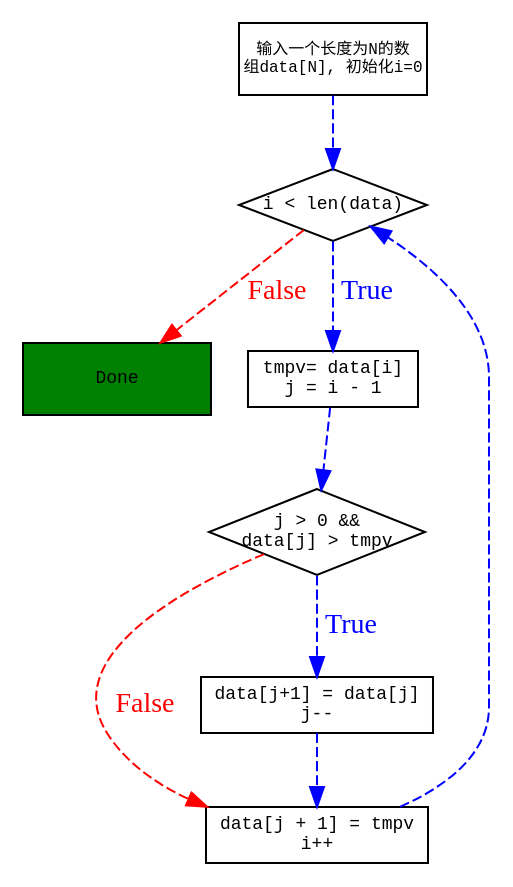
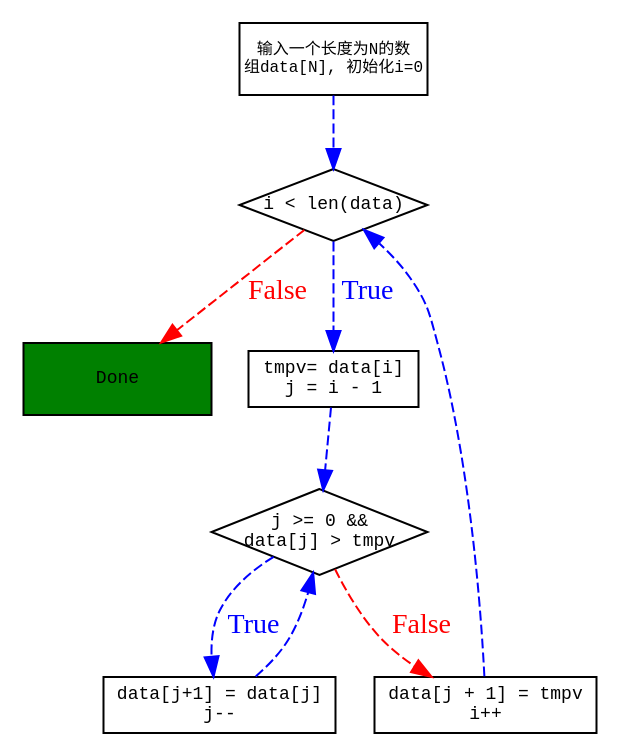
The diagram in docments/dot/insertion_sort.dot (alskdfjalk/notebook), drawn with Graphviz before and after one commit. The commit also changed 14 other files, not shown here.

```diff
--- a/docments/dot/insertion_sort.dot
+++ b/docments/dot/insertion_sort.dot
@@ -1,60 +1,60 @@
 // dot -Tpng test.dot -o graph1.png
 digraph graphname {
 	// rankdir = LR;
 
 	node [color=black, fontname=Courier, 
 		shape=box, 
 		width=1.3,
 		height=.5,
 		fontsize=9] // All nodes will this shape and colour 
 	edge [color=blue, style=dashed] // All the lines look like this
 
 	start	[label="输入一个长度为N的数\n组data[N], 初始化i=0",
 			fixedsize=true,
 			fontsize=8]
 	isdone  [label="i < len(data)", shape=diamond, 
 			fixedsize=true]
 	done	[label="Done", style=filled, fillcolor=green]
 
 	j	[label="tmpv= data[i]\nj = i - 1", 
 			height=.3,
 			width=1.1,
 			]
-	isjright  [label="j > 0 &&\ndata[j] > tmpv" 
+	isjright  [label="j >= 0 &&\ndata[j] > tmpv" 
 			shape=diamond,
 			width=1.5,
 			height=.6,
 			fixedsize=true];
 
 	swap	[label="data[j + 1] = tmpv\ni++", 
 			height=.3,
 			width=1.1]
 
 	start -> isdone
 	isdone -> done [label="False", fontcolor=Red, color=Red];
 	isdone -> j    [label="True", fontcolor=blue]
 	j	-> isjright
 	isjright -> swap [label="False", 
 		 		fontcolor=red, 
 				color=red]
 	swap -> isdone
 
 	exchange [label="data[j+1] = data[j]\nj--",
 			height=.3,
 			width=1.1]
 
 	isjright -> exchange [label="True", fontcolor=blue]
-	exchange -> swap
+	exchange -> isjright
 
 }
 /*
 		for (int i = 0; i < len(data); i++) {
 			tmp_of_now = data[i];
 			last_array = i - 1;
 			while (last_array > 0 && data[last_array] > tmp_of_now) {
 				data[last_array+1] = data[last_array];
 				last_array--;
 			}
 			data[last_array+1] = tmp_of_now;
 		}
 */
```
